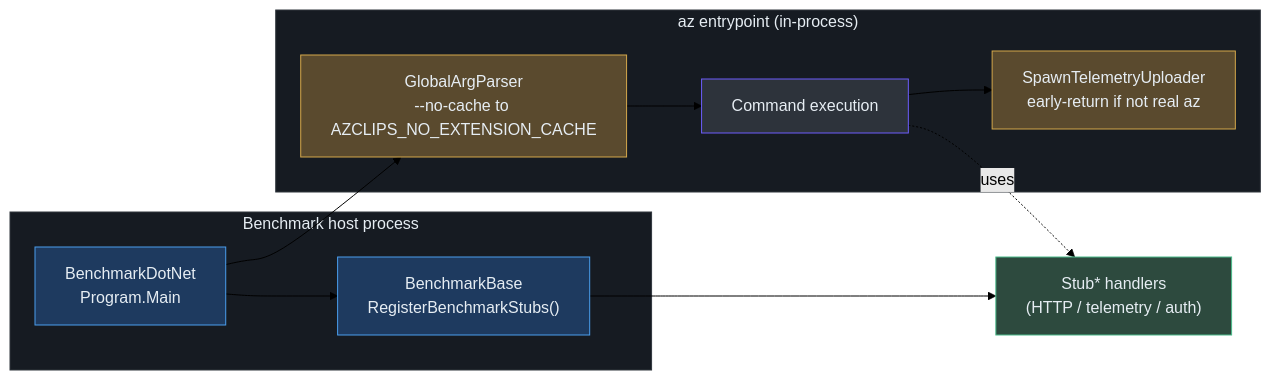
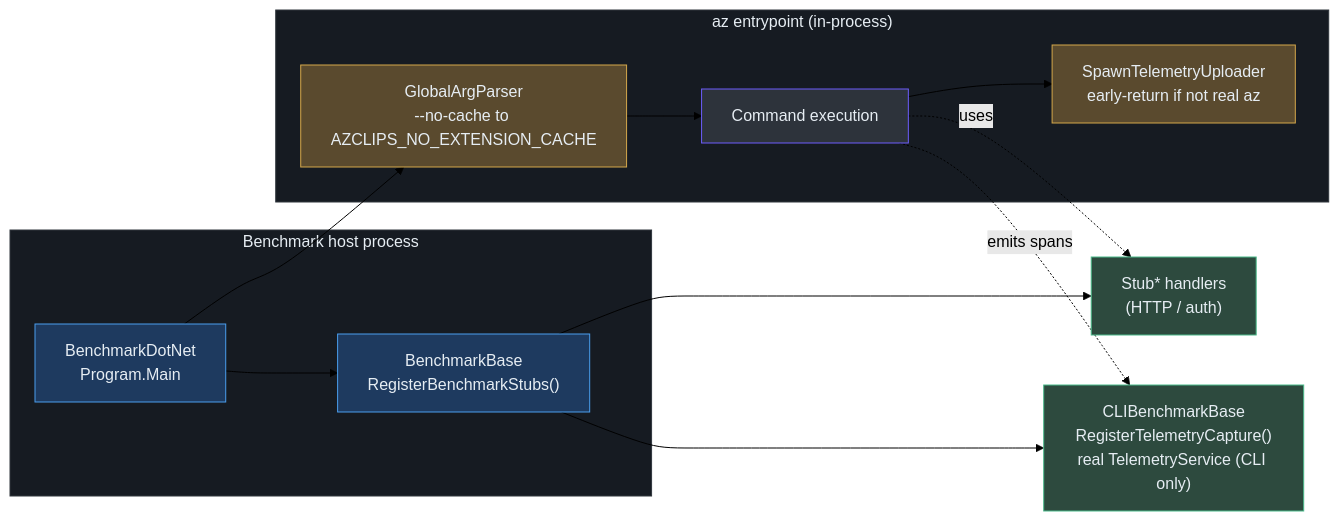
One commit to Azure/azclips changed the second of 2 diagrams in wiki/02-deep-dive/testing-benchmarking.md. Above: the diagram before and after it, drawn with Mermaid (forest theme). The commit also changed other lines of this file and 3 other files, not shown here.

First line of the commit message:
{Telemetry} Document CLI benchmark telemetry emission

````diff
--- a/wiki/02-deep-dive/testing-benchmarking.md
+++ b/wiki/02-deep-dive/testing-benchmarking.md
@@ -105,24 +107,28 @@
 ```mermaid
 flowchart LR
     subgraph host["Benchmark host process"]
         BDN["BenchmarkDotNet<br>Program.Main"]
         BASE["BenchmarkBase<br>RegisterBenchmarkStubs()"]
     end
     subgraph cli["az entrypoint (in-process)"]
         NC["GlobalArgParser<br>--no-cache to AZCLIPS_NO_EXTENSION_CACHE"]
         RUN["Command execution"]
         TEL["SpawnTelemetryUploader<br>early-return if not real az"]
     end
-    STUBS["Stub* handlers<br>(HTTP / telemetry / auth)"]
+    STUBS["Stub* handlers<br>(HTTP / auth)"]
+    CAP["CLIBenchmarkBase<br>RegisterTelemetryCapture()<br>real TelemetryService (CLI only)"]
     BDN --> BASE --> STUBS
+    BASE --> CAP
     BDN --> NC --> RUN --> TEL
     RUN -.uses.-> STUBS
+    RUN -.emits spans.-> CAP
     style host fill:#161b22,stroke:#30363d,color:#e6edf3
     style cli fill:#161b22,stroke:#30363d,color:#e6edf3
     style BDN fill:#1e3a5f,stroke:#4a9eed,color:#e6edf3
     style BASE fill:#1e3a5f,stroke:#4a9eed,color:#e6edf3
     style NC fill:#5a4a2e,stroke:#d4a84b,color:#e6edf3
     style TEL fill:#5a4a2e,stroke:#d4a84b,color:#e6edf3
     style RUN fill:#2d333b,stroke:#6d5dfc,color:#e6edf3
     style STUBS fill:#2d4a3e,stroke:#4aba8a,color:#e6edf3
+    style CAP fill:#2d4a3e,stroke:#4aba8a,color:#e6edf3
 ```
````
